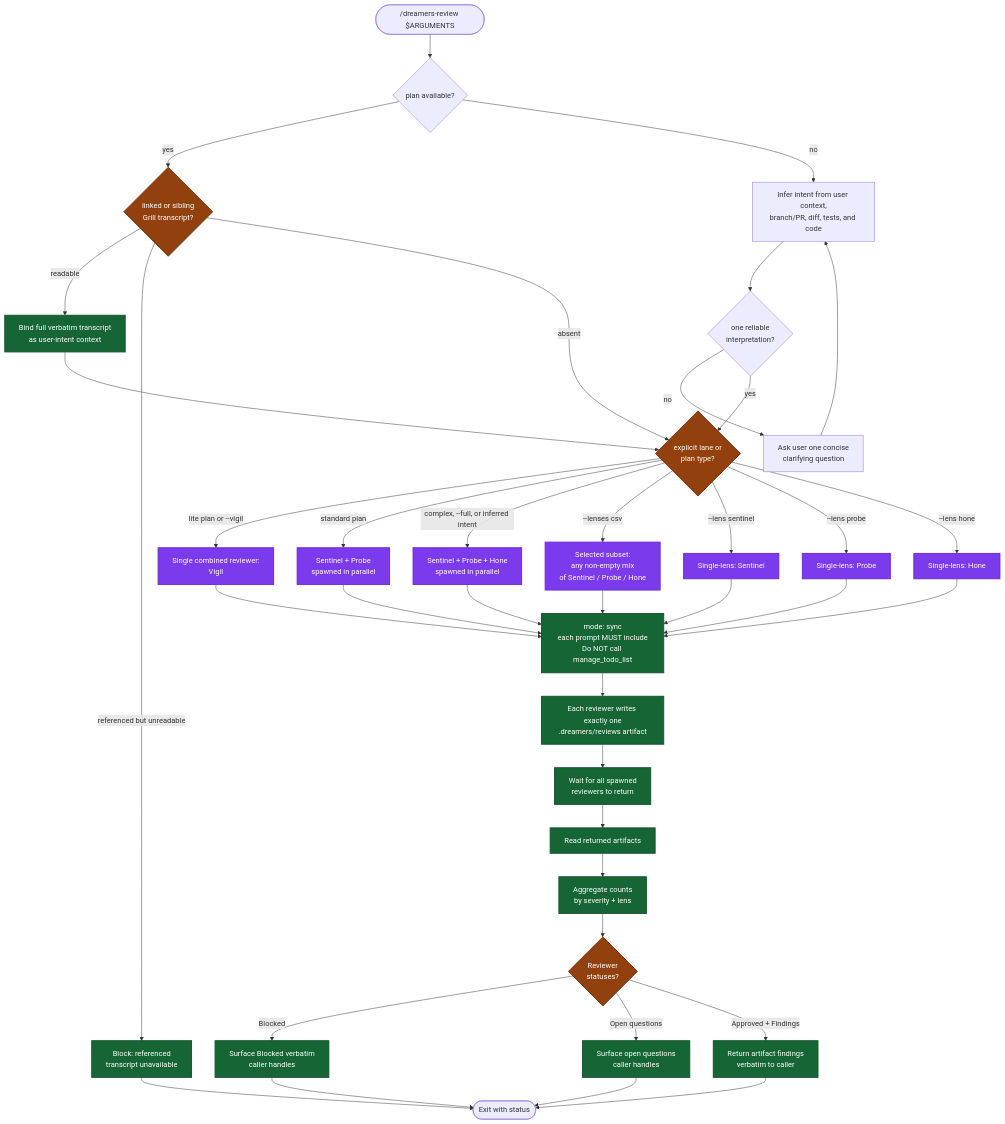
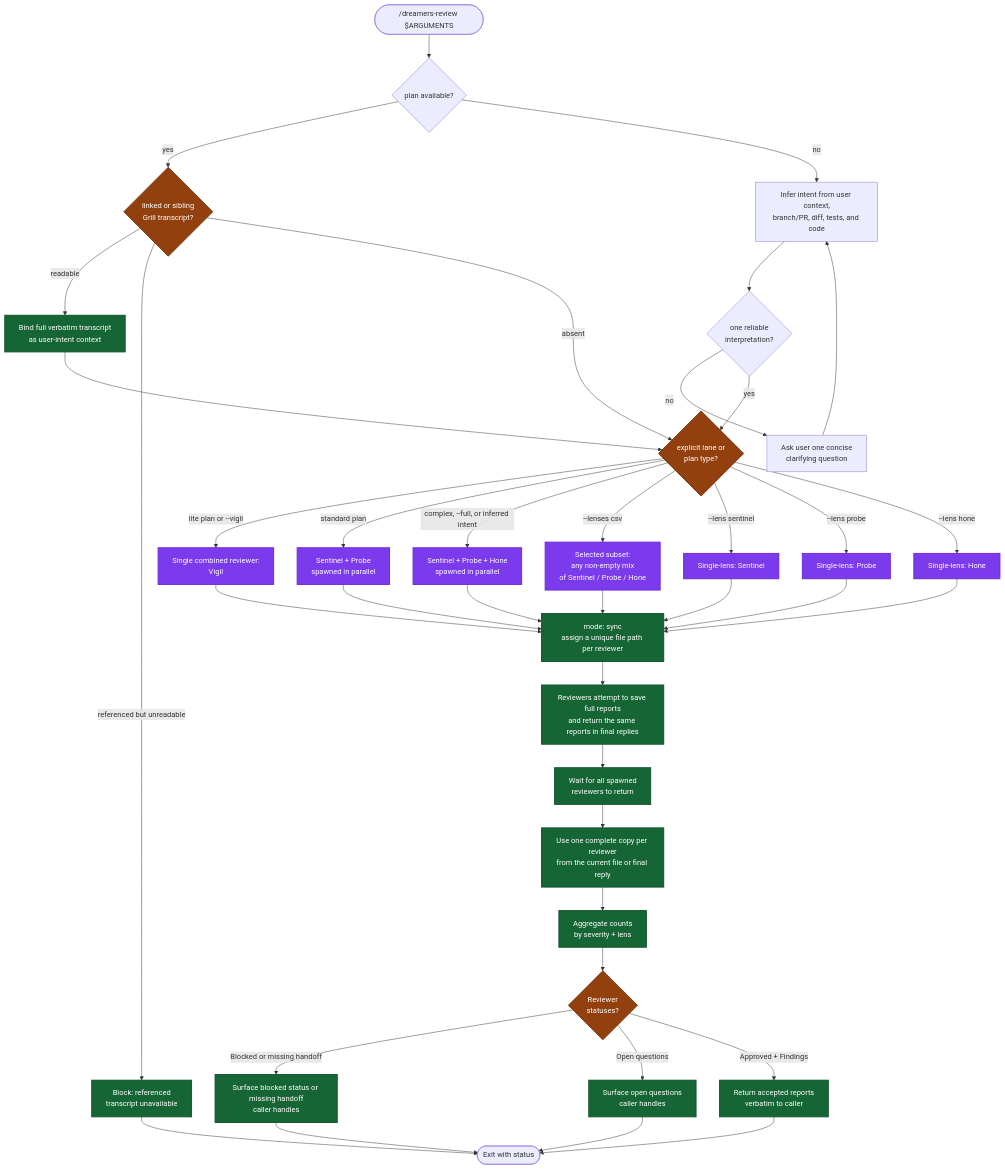
Before and after one commit to mrStorrs/dreamers-copilot: the diagram in .github/skills/dreamers-review/readme.md, drawn with Mermaid. The commit also changed other lines of this file and 34 other files, not shown here.

````diff
--- a/.github/skills/dreamers-review/readme.md
+++ b/.github/skills/dreamers-review/readme.md
@@ -5,53 +5,53 @@
 ```mermaid
 flowchart TD
     Start(["/dreamers-review $ARGUMENTS"]) --> Basis{"plan available?"}
     Basis -->|yes| Transcript{"linked or sibling<br/>Grill transcript?"}
     Transcript -->|readable| BindTranscript["Bind full verbatim transcript<br/>as user-intent context"]
     Transcript -->|referenced but unreadable| BlockTranscript["Block: referenced<br/>transcript unavailable"]
     Transcript -->|absent| ModeCheck{"explicit lane or<br/>plan type?"}
     BindTranscript --> ModeCheck
     BlockTranscript --> End
     Basis -->|no| Infer["Infer intent from user context,<br/>branch/PR, diff, tests, and code"]
     Infer --> Clear{"one reliable<br/>interpretation?"}
     Clear -->|no| Ask["Ask user one concise<br/>clarifying question"]
     Ask --> Infer
     Clear -->|yes| ModeCheck
 
     ModeCheck -->|lite plan or --vigil| Vigil["Single combined reviewer:<br/>Vigil"]
     ModeCheck -->|standard plan| Standard["Sentinel + Probe<br/>spawned in parallel"]
     ModeCheck -->|complex, --full, or inferred intent| Triad["Sentinel + Probe + Hone<br/>spawned in parallel"]
     ModeCheck -->|--lenses csv| Selected["Selected subset:<br/>any non-empty mix<br/>of Sentinel / Probe / Hone"]
     ModeCheck -->|--lens sentinel| LensS["Single-lens: Sentinel"]
     ModeCheck -->|--lens probe| LensP["Single-lens: Probe"]
     ModeCheck -->|--lens hone| LensH["Single-lens: Hone"]
 
-    Triad --> Spawn["mode: sync<br/>each prompt MUST include<br/>Do NOT call manage_todo_list"]
+    Triad --> Spawn["mode: sync<br/>assign a unique file path per reviewer"]
     Standard --> Spawn
     Vigil --> Spawn
     Selected --> Spawn
     LensS --> Spawn
     LensP --> Spawn
     LensH --> Spawn
 
-    Spawn --> WriteArtifact["Each reviewer writes exactly one<br/>.dreamers/reviews artifact"]
+    Spawn --> WriteArtifact["Reviewers attempt to save full reports<br/>and return the same reports in final replies"]
     WriteArtifact --> Wait["Wait for all spawned<br/>reviewers to return"]
-    Wait --> Collect["Read returned artifacts"]
+    Wait --> Collect["Use one complete copy per reviewer<br/>from the current file or final reply"]
     Collect --> Aggregate["Aggregate counts<br/>by severity + lens"]
     Aggregate --> CheckStatus{"Reviewer<br/>statuses?"}
 
-    CheckStatus -->|Blocked| Surface1["Surface Blocked verbatim<br/>caller handles"]
+    CheckStatus -->|Blocked or missing handoff| Surface1["Surface blocked status or missing handoff<br/>caller handles"]
     CheckStatus -->|Open questions| Surface2["Surface open questions<br/>caller handles"]
-    CheckStatus -->|Approved + Findings| Report["Return artifact findings<br/>verbatim to caller"]
+    CheckStatus -->|Approved + Findings| Report["Return accepted reports<br/>verbatim to caller"]
 
     Surface1 --> End(["Exit with status"])
     Surface2 --> End
     Report --> End
 
     classDef gate fill:#92400e,stroke:#78350f,stroke-width:2px,color:#fff
     classDef phase fill:#166534,stroke:#14532d,stroke-width:2px,color:#fff
     classDef agent fill:#7c3aed,stroke:#6d28d9,stroke-width:2px,color:#fff
 
     class Transcript,ModeCheck,CheckStatus gate
     class Triad,Standard,Vigil,Selected,LensS,LensP,LensH agent
     class BindTranscript,BlockTranscript,Spawn,WriteArtifact,Wait,Collect,Aggregate,Surface1,Surface2,Report phase
 ```
````
